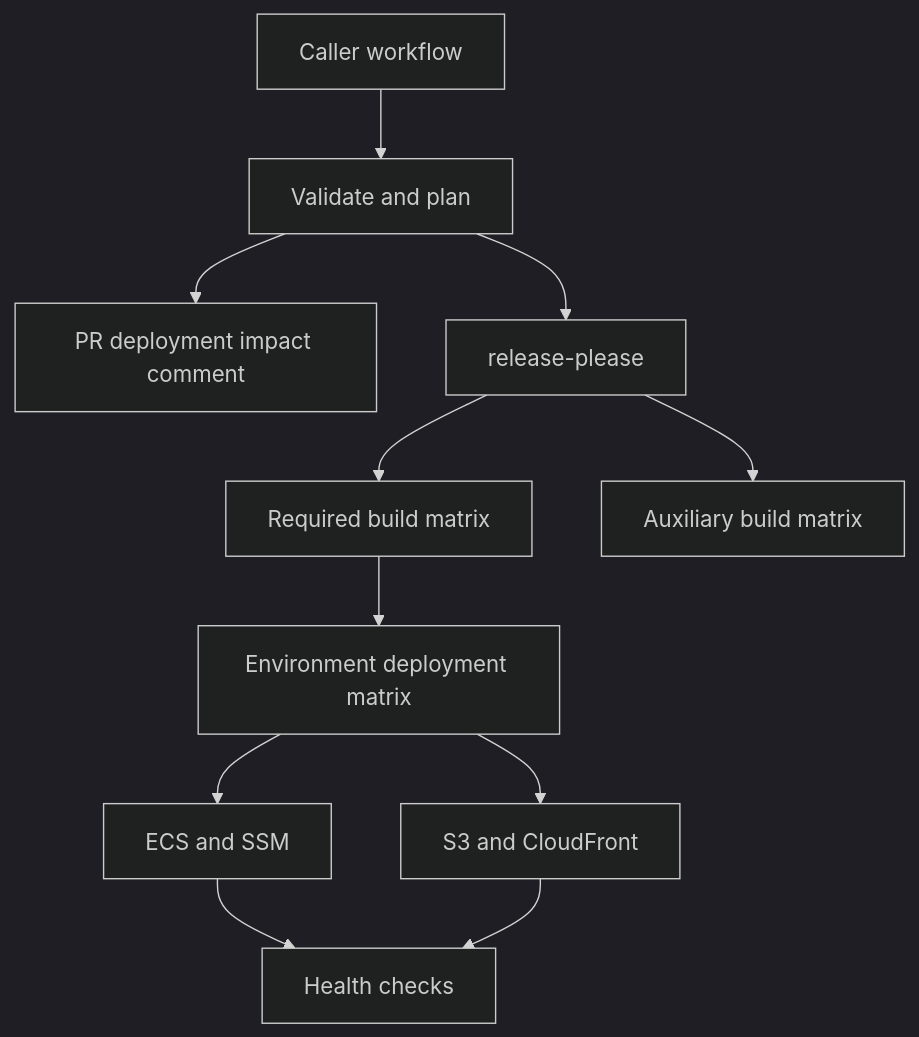
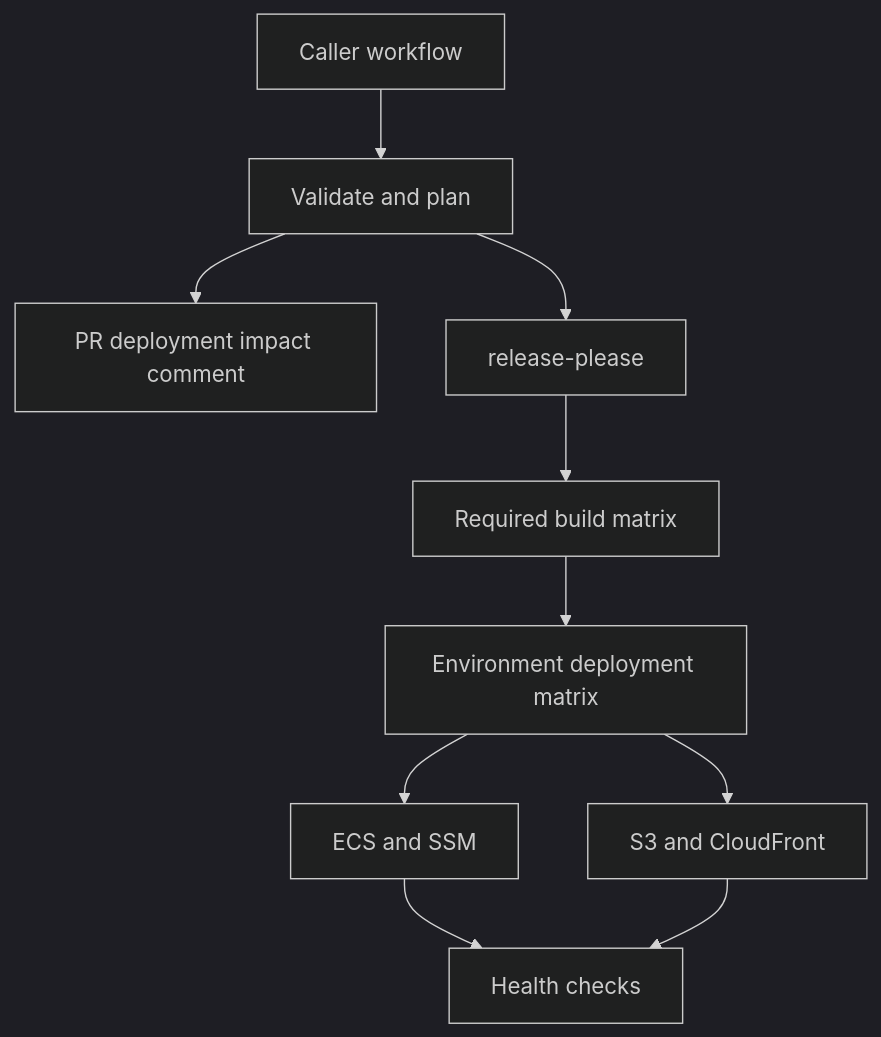
One commit to cds-snc/canadalogin-release-pipeline changed the diagram in README.md. Above: the diagram before and after it, drawn with Mermaid (dark theme). The commit also changed 8 other files, not shown here.

````diff
--- a/README.md
+++ b/README.md
@@ -60,13 +60,12 @@
 ```mermaid
 flowchart TD
     A[Caller workflow] --> B[Validate and plan]
     B --> C[PR deployment impact comment]
     B --> D[release-please]
     D --> E[Required build matrix]
-    D --> F[Auxiliary build matrix]
     E --> G[Environment deployment matrix]
     G --> H[S3 and CloudFront]
     G --> I[ECS and SSM]
     I --> J[Health checks]
     H --> J
 ```
````
